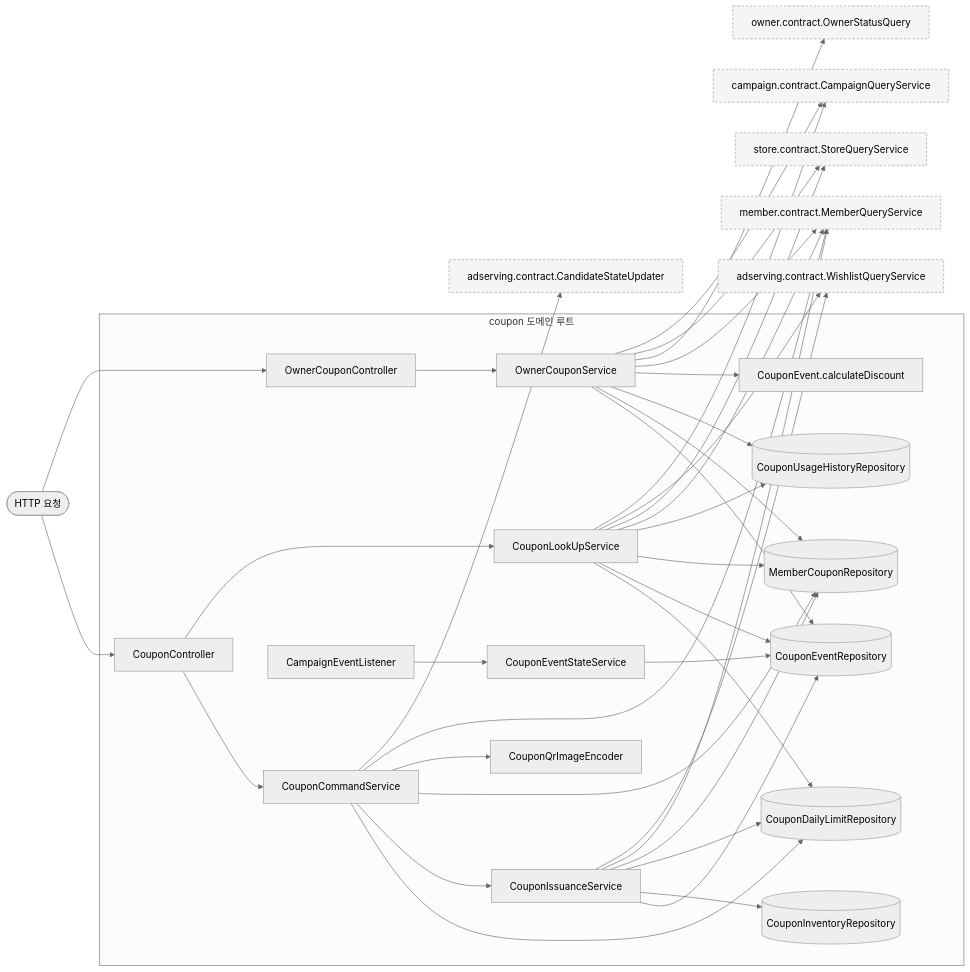
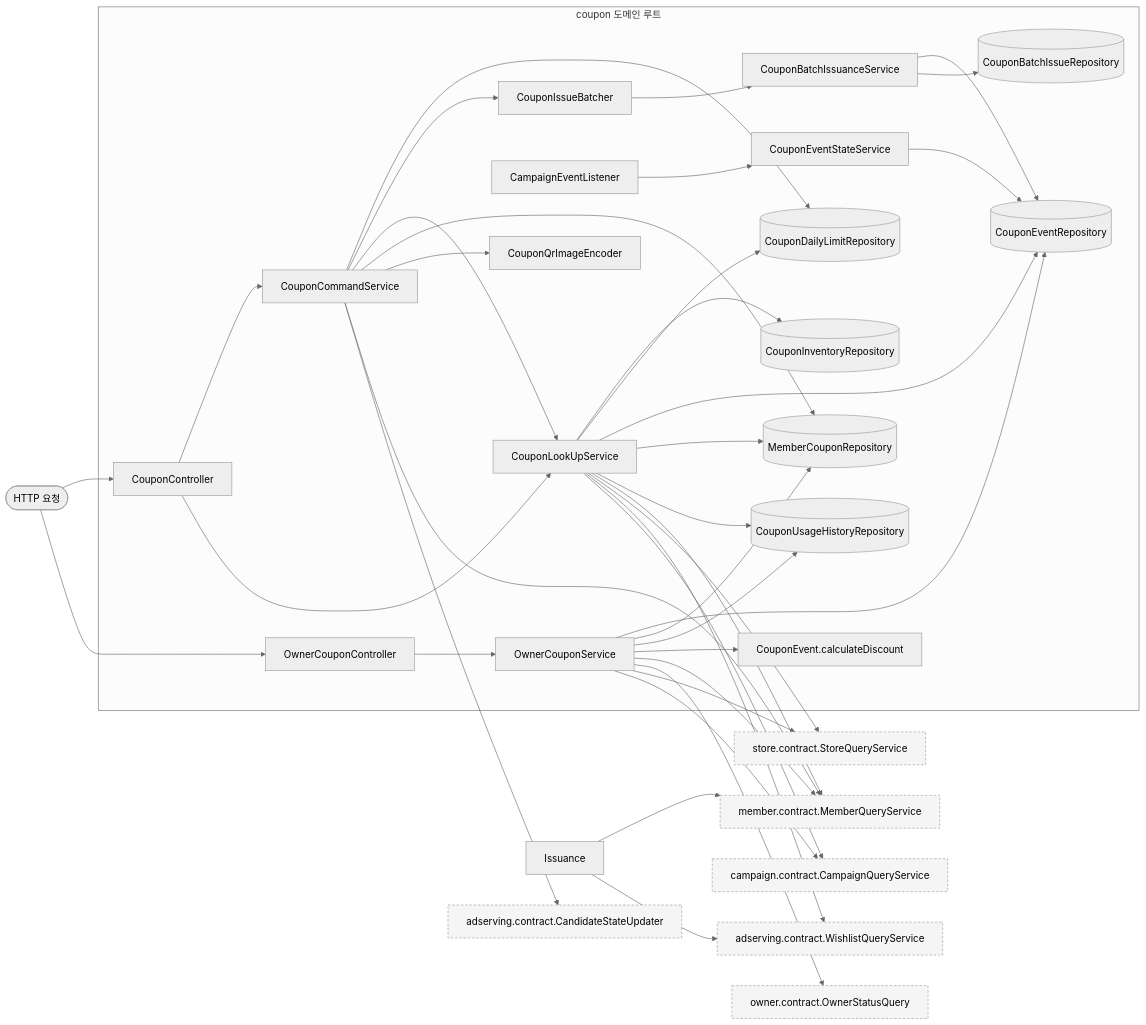
One commit to lunch-catch/lc-backend changed the first of 6 diagrams in docs/design/coupon/coupon_구조와_동작_설계.md. Above: the diagram before and after it, drawn with Mermaid (neutral theme). The commit also changed other lines of this file and 9 other files, not shown here.

````diff
--- a/docs/design/coupon/coupon_구조와_동작_설계.md
+++ b/docs/design/coupon/coupon_구조와_동작_설계.md
@@ -162,42 +177,43 @@
 ```mermaid
 flowchart LR
     HTTP([HTTP 요청]) --> Controller[CouponController]
     HTTP --> OwnerController[OwnerCouponController]
     subgraph Coupon["coupon 도메인 루트"]
         Controller --> Command[CouponCommandService]
         Controller --> Lookup[CouponLookUpService]
         OwnerController --> Owner[OwnerCouponService]
         Listener[CampaignEventListener] --> EventState[CouponEventStateService]
         EventState --> Events
         Command --> Daily[(CouponDailyLimitRepository)]
-        Issuance --> Events[(CouponEventRepository)]
-        Command --> Issuance[CouponIssuanceService]
-        Issuance --> Inventory[(CouponInventoryRepository)]
-        Issuance --> Daily
-        Issuance --> Members
+        Batch --> Events[(CouponEventRepository)]
+        Command --> Batcher[CouponIssueBatcher]
+        Command --> Lookup
+        Batcher --> Batch[CouponBatchIssuanceService]
+        Batch --> BatchSql[(CouponBatchIssueRepository)]
+        Lookup --> Inventory[(CouponInventoryRepository)]
         Command --> Members[(MemberCouponRepository)]
         Command --> Image[CouponQrImageEncoder]
         Lookup --> Daily
         Lookup --> Events
         Lookup --> Members
         Lookup --> History[(CouponUsageHistoryRepository)]
         Owner --> Events
         Owner --> Members
         Owner --> History
         Owner --> Discount[CouponEvent.calculateDiscount]
     end
     Command --> MemberQuery["member.contract.MemberQueryService"]
     Lookup --> MemberQuery
     Owner --> MemberQuery
     Owner --> OwnerQuery["owner.contract.OwnerStatusQuery"]
     Owner --> StoreQuery["store.contract.StoreQueryService"]
     Lookup --> StoreQuery
     Issuance --> MemberQuery
     Issuance --> Wishlist["adserving.contract.WishlistQueryService"]
     Lookup --> Wishlist
     Command --> Candidate["adserving.contract.CandidateStateUpdater"]
     Lookup --> CampaignQuery["campaign.contract.CampaignQueryService"]
     Owner --> CampaignQuery
     classDef outside fill:#f5f5f5,stroke:#999,stroke-dasharray:4 3
     class MemberQuery,OwnerQuery,CampaignQuery,StoreQuery,Wishlist,Candidate outside
 ```
````
